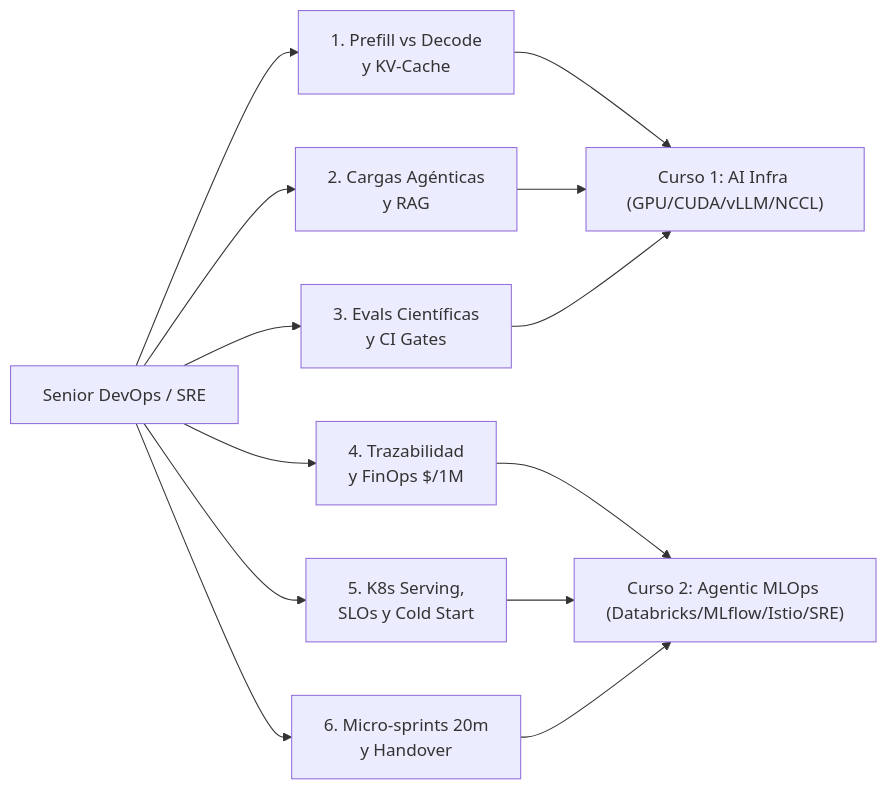
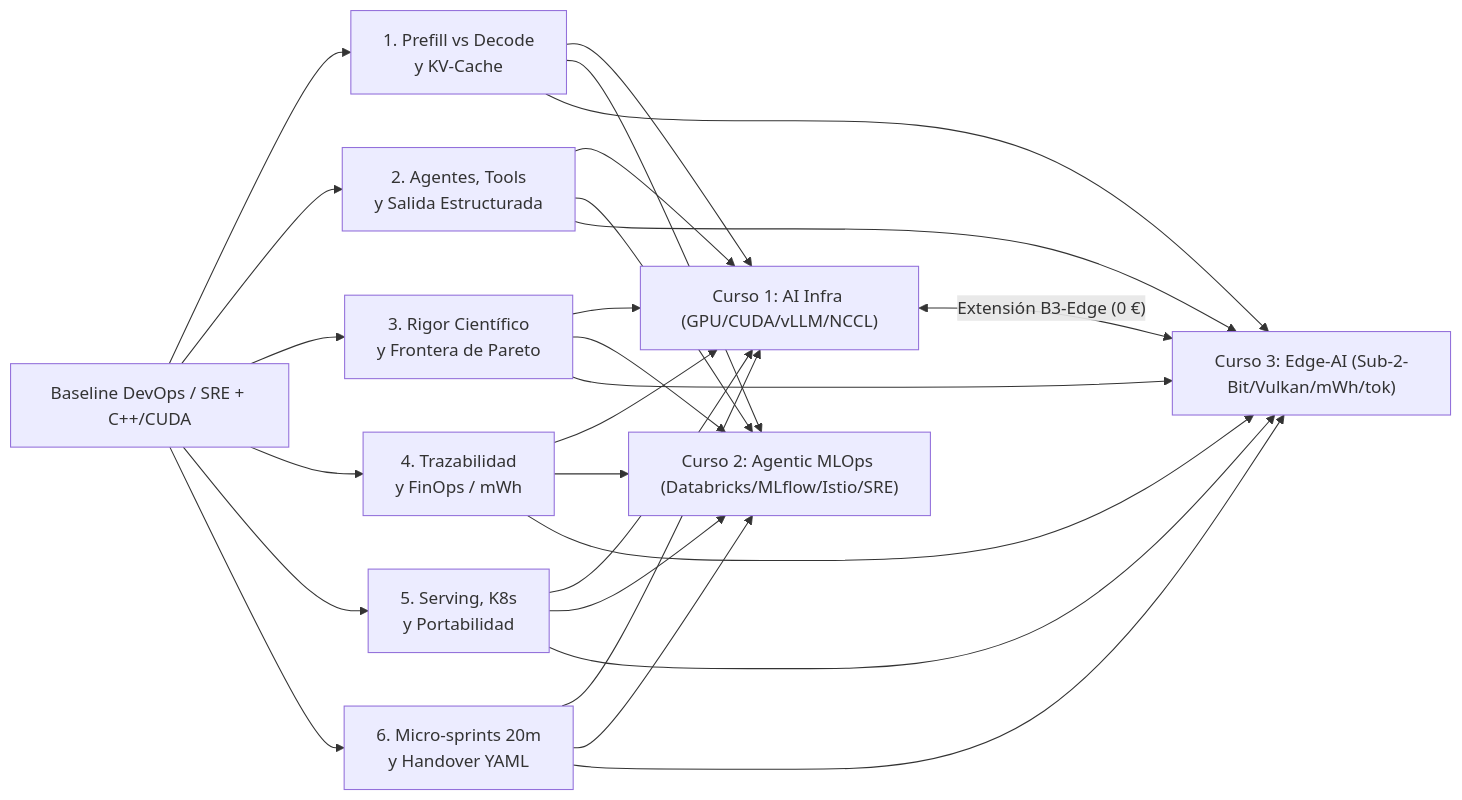
The diagram in docs/campus/tronco-comun.md (TheUnixRoot/AI-infra-study), drawn with Mermaid before and after one commit. The commit also changed other lines of this file and 17 other files, not shown here.

Commit message:
feat(campus): integrate Curso 3 (Edge-AI Sub-2-Bit) into Virtual Campus and tests

````diff
--- a/docs/campus/tronco-comun.md
+++ b/docs/campus/tronco-comun.md
@@ -7,11 +7,13 @@
 ```mermaid
 flowchart LR
-    DEVOPS["Senior DevOps / SRE"] --> TC1["1. Prefill vs Decode<br/>y KV-Cache"]
-    DEVOPS --> TC2["2. Cargas Agénticas<br/>y RAG"]
-    DEVOPS --> TC3["3. Evals Científicas<br/>y CI Gates"]
-    DEVOPS --> TC4["4. Trazabilidad<br/>y FinOps $/1M"]
-    DEVOPS --> TC5["5. K8s Serving,<br/>SLOs y Cold Start"]
-    DEVOPS --> TC6["6. Micro-sprints 20m<br/>y Handover"]
-    TC1 & TC2 & TC3 --> C1["Curso 1: AI Infra (GPU/CUDA/vLLM/NCCL)"]
-    TC4 & TC5 & TC6 --> C2["Curso 2: Agentic MLOps (Databricks/MLflow/Istio/SRE)"]
+    DEVOPS["Baseline DevOps / SRE + C++/CUDA"] --> TC1["1. Prefill vs Decode<br/>y KV-Cache"]
+    DEVOPS --> TC2["2. Agentes, Tools<br/>y Salida Estructurada"]
+    DEVOPS --> TC3["3. Rigor Científico<br/>y Frontera de Pareto"]
+    DEVOPS --> TC4["4. Trazabilidad<br/>y FinOps / mWh"]
+    DEVOPS --> TC5["5. Serving, K8s<br/>y Portabilidad"]
+    DEVOPS --> TC6["6. Micro-sprints 20m<br/>y Handover YAML"]
+    TC1 & TC2 & TC3 & TC4 & TC5 & TC6 --> C1["Curso 1: AI Infra (GPU/CUDA/vLLM/NCCL)"]
+    TC1 & TC2 & TC3 & TC4 & TC5 & TC6 --> C2["Curso 2: Agentic MLOps (Databricks/MLflow/Istio/SRE)"]
+    TC1 & TC2 & TC3 & TC4 & TC5 & TC6 --> C3["Curso 3: Edge-AI (Sub-2-Bit/Vulkan/mWh/tok)"]
+    C1 <-->|"Extensión B3-Edge (0 €)"| C3
 ```
````
